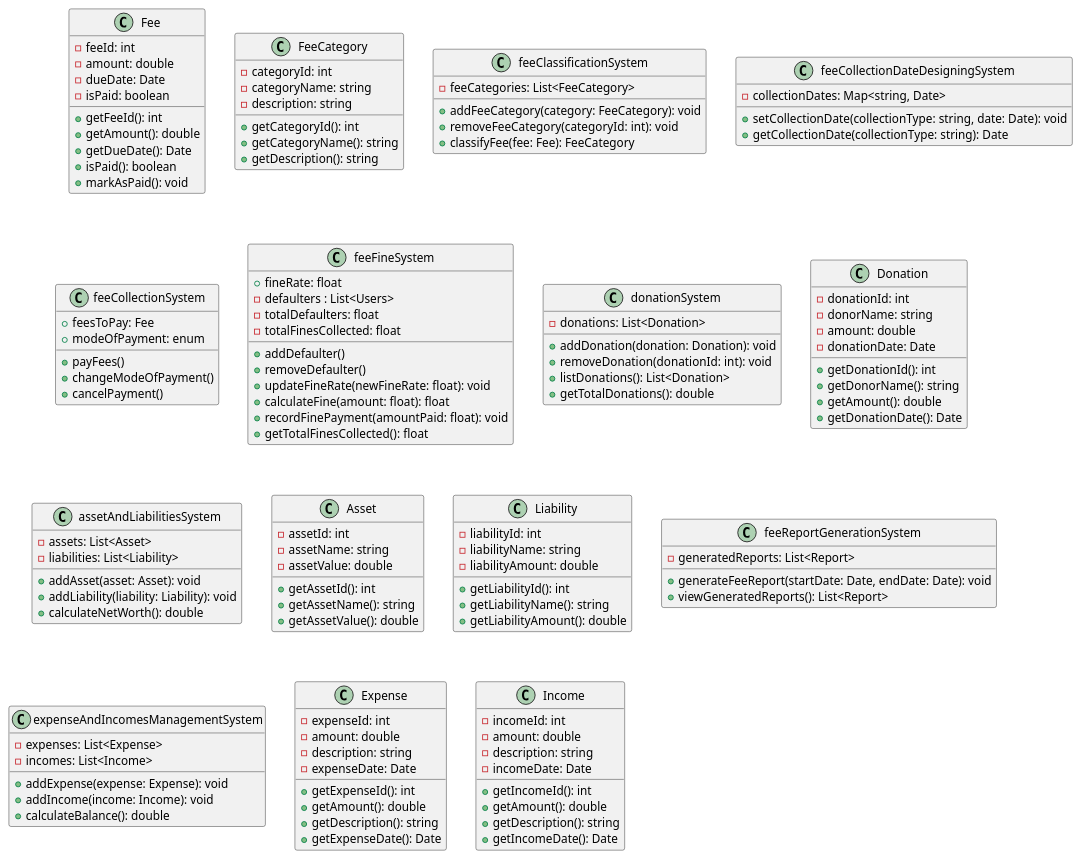
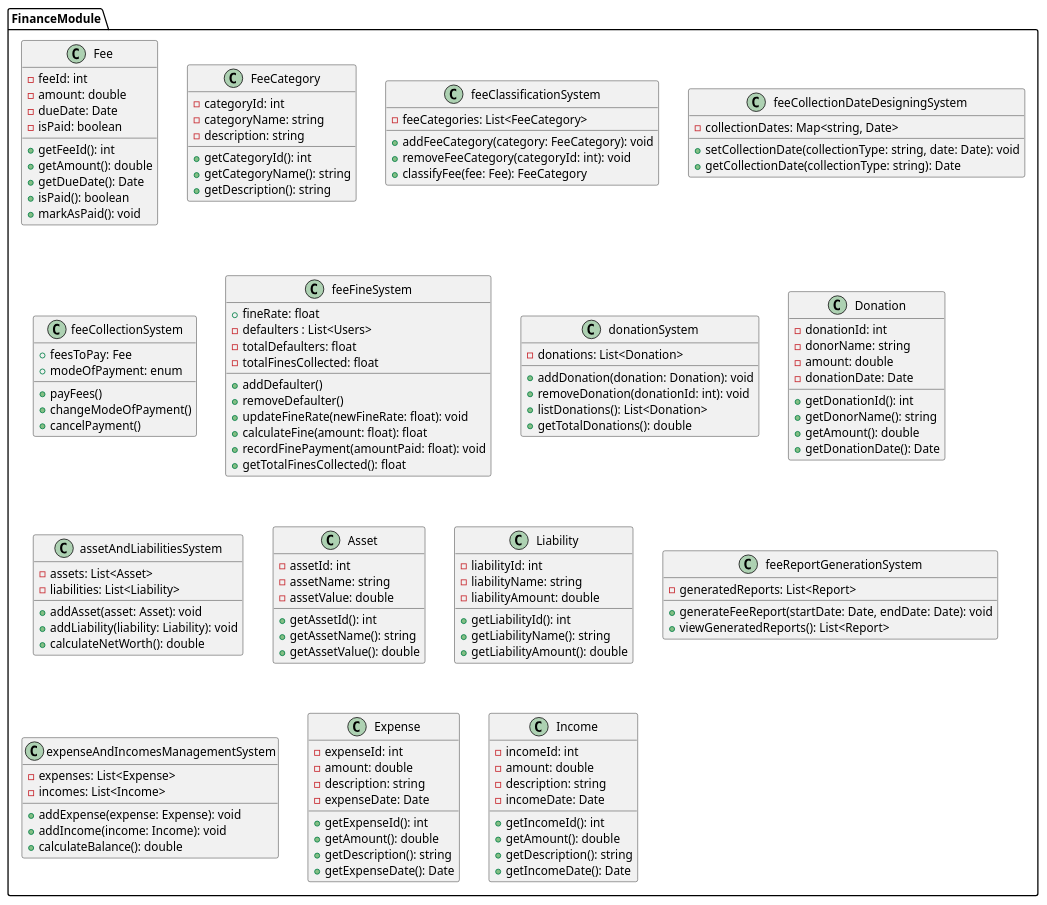
Before and after one commit to anshium/DASS-Assignment-3-IMS-System-Design: the diagram in finance.plantuml, drawn with PlantUML. The commit also changed 9 other files, not shown here.

```diff
--- a/finance.plantuml
+++ b/finance.plantuml
@@ -1,145 +1,146 @@
 @startuml finance
+package FinanceModule {
+	class Fee {
+		- feeId: int
+		- amount: double
+		- dueDate: Date
+		- isPaid: boolean
+		+ getFeeId(): int
+		+ getAmount(): double
+		+ getDueDate(): Date
+		+ isPaid(): boolean
+		+ markAsPaid(): void
+	}
 
-class Fee {
-	- feeId: int
-	- amount: double
-	- dueDate: Date
-	- isPaid: boolean
-	+ getFeeId(): int
-	+ getAmount(): double
-	+ getDueDate(): Date
-	+ isPaid(): boolean
-	+ markAsPaid(): void
-}
+	class FeeCategory {
+		- categoryId: int
+		- categoryName: string
+		- description: string
+		+ getCategoryId(): int
+		+ getCategoryName(): string
+		+ getDescription(): string
+	}
 
-class FeeCategory {
-	- categoryId: int
-	- categoryName: string
-	- description: string
-	+ getCategoryId(): int
-	+ getCategoryName(): string
-	+ getDescription(): string
-}
+	class feeClassificationSystem {
+		- feeCategories: List<FeeCategory>
+		+ addFeeCategory(category: FeeCategory): void
+		+ removeFeeCategory(categoryId: int): void
+		+ classifyFee(fee: Fee): FeeCategory
+	}
 
-class feeClassificationSystem {
-	- feeCategories: List<FeeCategory>
-	+ addFeeCategory(category: FeeCategory): void
-	+ removeFeeCategory(categoryId: int): void
-	+ classifyFee(fee: Fee): FeeCategory
-}
+	class feeCollectionDateDesigningSystem {
+		- collectionDates: Map<string, Date>
+		+ setCollectionDate(collectionType: string, date: Date): void
+		+ getCollectionDate(collectionType: string): Date
+	}
 
-class feeCollectionDateDesigningSystem {
-	- collectionDates: Map<string, Date>
-	+ setCollectionDate(collectionType: string, date: Date): void
-	+ getCollectionDate(collectionType: string): Date
-}
+	class feeCollectionSystem {
+		+ feesToPay: Fee
+		+ modeOfPayment: enum
+		
+		+ payFees()
+		+ changeModeOfPayment()
+		+ cancelPayment()
+	}
 
-class feeCollectionSystem {
-	+ feesToPay: Fee
-	+ modeOfPayment: enum
-	
-	+ payFees()
-	+ changeModeOfPayment()
-	+ cancelPayment()
-}
+	class feeFineSystem {
+		+ fineRate: float
+		- defaulters : List<Users>
+		- totalDefaulters: float
+		- totalFinesCollected: float
+		
+		+ addDefaulter()
+		+ removeDefaulter()
+		+ updateFineRate(newFineRate: float): void
+		+ calculateFine(amount: float): float
+		+ recordFinePayment(amountPaid: float): void
+		+ getTotalFinesCollected(): float
+	}
 
-class feeFineSystem {
-    + fineRate: float
-	- defaulters : List<Users>
-	- totalDefaulters: float
-    - totalFinesCollected: float
-    
-	+ addDefaulter()
-	+ removeDefaulter()
-    + updateFineRate(newFineRate: float): void
-    + calculateFine(amount: float): float
-    + recordFinePayment(amountPaid: float): void
-    + getTotalFinesCollected(): float
-}
+	class donationSystem {
+		- donations: List<Donation>
+		+ addDonation(donation: Donation): void
+		+ removeDonation(donationId: int): void
+		+ listDonations(): List<Donation>
+		+ getTotalDonations(): double
+	}
 
-class donationSystem {
-	- donations: List<Donation>
-	+ addDonation(donation: Donation): void
-	+ removeDonation(donationId: int): void
-	+ listDonations(): List<Donation>
-	+ getTotalDonations(): double
-}
+	class Donation {
+		- donationId: int
+		- donorName: string
+		- amount: double
+		- donationDate: Date
+		+ getDonationId(): int
+		+ getDonorName(): string
+		+ getAmount(): double
+		+ getDonationDate(): Date
+	}
 
-class Donation {
-	- donationId: int
-	- donorName: string
-	- amount: double
-	- donationDate: Date
-	+ getDonationId(): int
-	+ getDonorName(): string
-	+ getAmount(): double
-	+ getDonationDate(): Date
-}
+	class assetAndLiabilitiesSystem {
+		- assets: List<Asset>
+		- liabilities: List<Liability>
+		+ addAsset(asset: Asset): void
+		+ addLiability(liability: Liability): void
+		+ calculateNetWorth(): double
+	}
 
-class assetAndLiabilitiesSystem {
-	- assets: List<Asset>
-	- liabilities: List<Liability>
-	+ addAsset(asset: Asset): void
-	+ addLiability(liability: Liability): void
-	+ calculateNetWorth(): double
-}
+	class Asset {
+		- assetId: int
+		- assetName: string
+		- assetValue: double
+		+ getAssetId(): int
+		+ getAssetName(): string
+		+ getAssetValue(): double
+	}
 
-class Asset {
-	- assetId: int
-	- assetName: string
-	- assetValue: double
-	+ getAssetId(): int
-	+ getAssetName(): string
-	+ getAssetValue(): double
-}
+	class Liability {
+		- liabilityId: int
+		- liabilityName: string
+		- liabilityAmount: double
+		+ getLiabilityId(): int
+		+ getLiabilityName(): string
+		+ getLiabilityAmount(): double
+	}
 
-class Liability {
-	- liabilityId: int
-	- liabilityName: string
-	- liabilityAmount: double
-	+ getLiabilityId(): int
-	+ getLiabilityName(): string
-	+ getLiabilityAmount(): double
-}
+	class feeReportGenerationSystem {
+		- generatedReports: List<Report>
+		'Should the reports go to the database, or should they rest with the system?: Can do that it goes to the cache and everytime the generatedReports is invoked, it fetches the data into this variable'
 
-class feeReportGenerationSystem {
-  	- generatedReports: List<Report>
-	'Should the reports go to the database, or should they rest with the system?: Can do that it goes to the cache and everytime the generatedReports is invoked, it fetches the data into this variable'
+		+ generateFeeReport(startDate: Date, endDate: Date): void
+		+ viewGeneratedReports(): List<Report>
+	}
 
-	+ generateFeeReport(startDate: Date, endDate: Date): void
-	+ viewGeneratedReports(): List<Report>
-}
+	class expenseAndIncomesManagementSystem {
+		- expenses: List<Expense>
+		- incomes: List<Income>
+		+ addExpense(expense: Expense): void
+		+ addIncome(income: Income): void
+		+ calculateBalance(): double
+	}
 
-class expenseAndIncomesManagementSystem {
-	- expenses: List<Expense>
-	- incomes: List<Income>
-	+ addExpense(expense: Expense): void
-	+ addIncome(income: Income): void
-	+ calculateBalance(): double
-}
+	class Expense {
+		- expenseId: int
+		- amount: double
+		- description: string
+		- expenseDate: Date
 
-class Expense {
-	- expenseId: int
-	- amount: double
-	- description: string
-	- expenseDate: Date
+		+ getExpenseId(): int
+		+ getAmount(): double
+		+ getDescription(): string
+		+ getExpenseDate(): Date
+	}
 
-	+ getExpenseId(): int
-	+ getAmount(): double
-	+ getDescription(): string
-	+ getExpenseDate(): Date
-}
+	class Income {
+		- incomeId: int
+		- amount: double
+		- description: string
+		- incomeDate: Date
 
-class Income {
-	- incomeId: int
-	- amount: double
-	- description: string
-	- incomeDate: Date
-
-	+ getIncomeId(): int
-	+ getAmount(): double
-	+ getDescription(): string
-	+ getIncomeDate(): Date
+		+ getIncomeId(): int
+		+ getAmount(): double
+		+ getDescription(): string
+		+ getIncomeDate(): Date
+	}
 }
 
 @enduml
```
